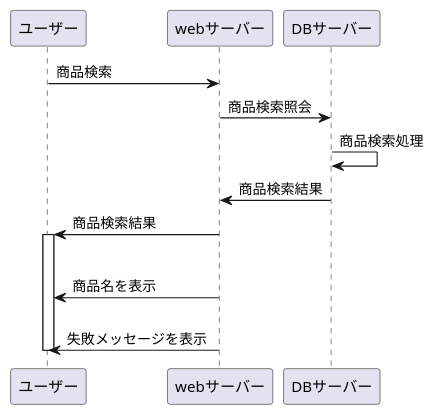
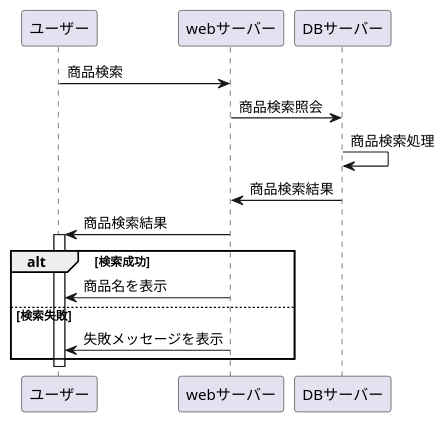
One commit to Aso2001397/2021sys-design changed the diagram in sample.md. Above: the diagram before and after it, drawn with PlantUML.

````diff
--- a/sample.md
+++ b/sample.md
@@ -1,19 +1,19 @@
 ```uml
 @startuml 
 ユーザー -> webサーバー : 商品検索
 webサーバー -> DBサーバー : 商品検索照会
 DBサーバー -> DBサーバー : 商品検索処理
 DBサーバー -> webサーバー : 商品検索結果
 webサーバー -> ユーザー : 商品検索結果
 
 activate ユーザー
 
 alt 検索成功
 webサーバー -> ユーザー : 商品名を表示
-
 else 検索失敗
 webサーバー -> ユーザー : 失敗メッセージを表示
+end
 
 deactivate ユーザー
 @enduml
 ```
````
